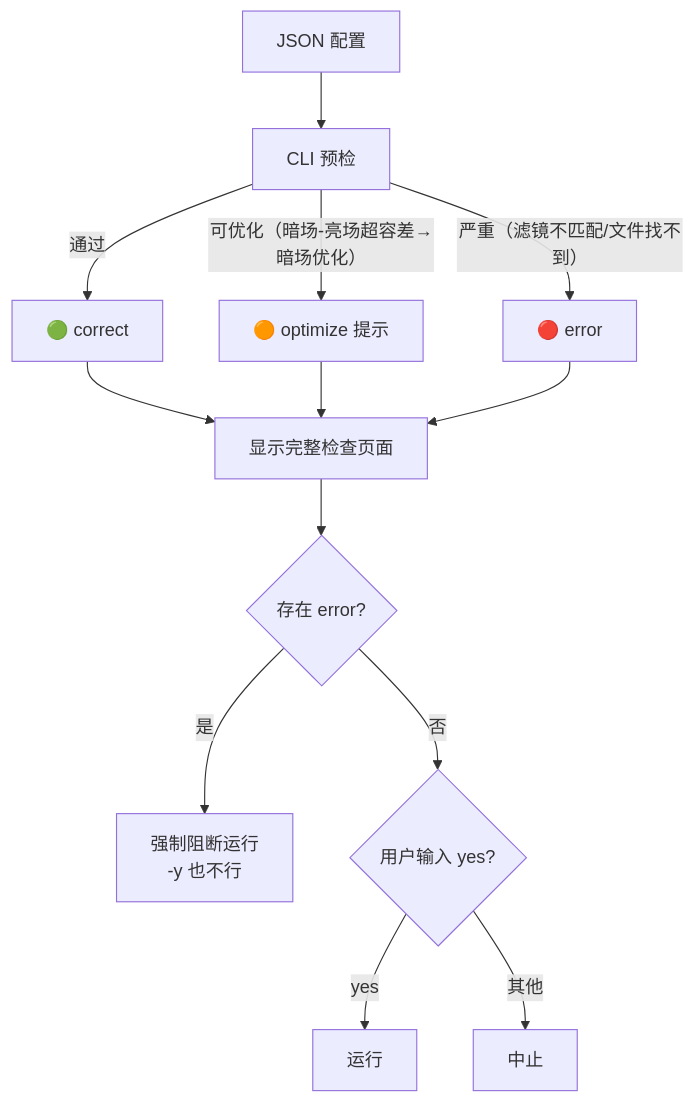
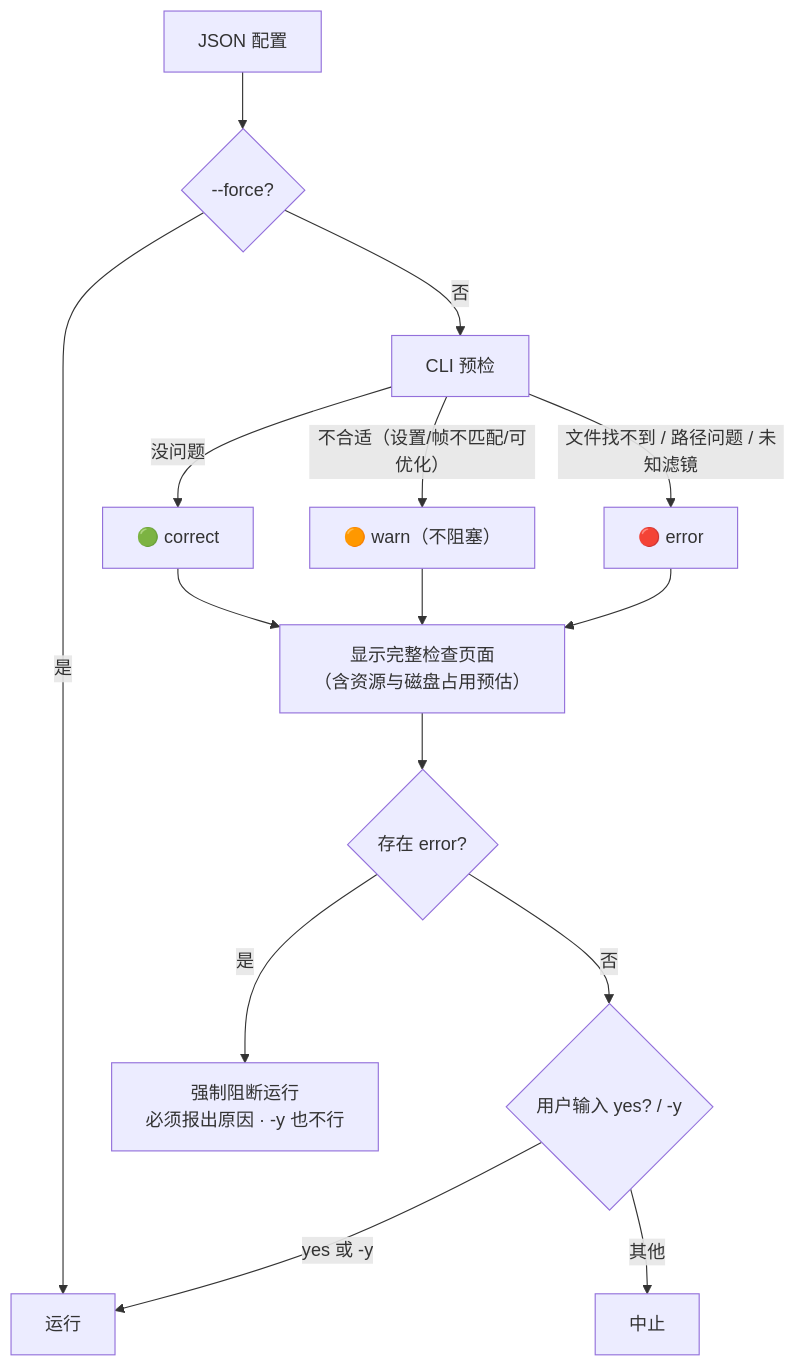
The fourth of 12 diagrams in ASTROCS_DESIGN.md (fujiaze/Astro-CS-Database), drawn with Mermaid before and after one commit. The commit also changed other lines of this file and 1 other file, not shown here.

````diff
--- a/ASTROCS_DESIGN.md
+++ b/ASTROCS_DESIGN.md
@@ -172,13 +175,15 @@
 ```mermaid
 flowchart TD
-    J["JSON 配置"] --> CHK["CLI 预检"]
-    CHK -->|通过| G["🟢 correct"]
-    CHK -->|可优化（暗场-亮场超容差→暗场优化）| O["🟠 optimize 提示"]
-    CHK -->|严重（滤镜不匹配/文件找不到）| R["🔴 error"]
-    G & O & R --> PAGE["显示完整检查页面"]
+    J["JSON 配置"] --> FORCE{"--force?"}
+    FORCE -->|是| RUN
+    FORCE -->|否| CHK["CLI 预检"]
+    CHK -->|没问题| G["🟢 correct"]
+    CHK -->|不合适（设置/帧不匹配/可优化）| O["🟠 warn（不阻塞）"]
+    CHK -->|文件找不到 / 路径问题 / 未知滤镜| R["🔴 error"]
+    G & O & R --> PAGE["显示完整检查页面<br/>（含资源与磁盘占用预估）"]
     PAGE --> YES{"存在 error?"}
-    YES -->|是| BLOCK["强制阻断运行<br/>-y 也不行"]
-    YES -->|否| CONFIRM{"用户输入 yes?"}
-    CONFIRM -->|yes| RUN["运行"]
+    YES -->|是| BLOCK["强制阻断运行<br/>必须报出原因 · -y 也不行"]
+    YES -->|否| CONFIRM{"用户输入 yes? / -y"}
+    CONFIRM -->|yes 或 -y| RUN["运行"]
     CONFIRM -->|其他| ABORT["中止"]
 ```
````
